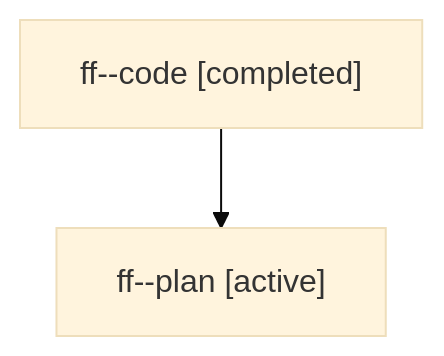
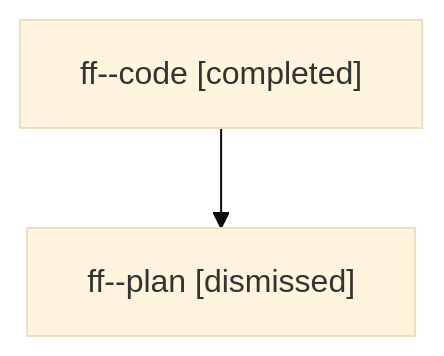
Before and after one commit to sase-org/sase--agents: the diagram in sessions/bbugyi200.athena.ff.md, drawn with Mermaid (base theme). The commit also changed other lines of this file and 28 other files, not shown here.

````diff
--- a/sessions/bbugyi200.athena.ff.md
+++ b/sessions/bbugyi200.athena.ff.md
@@ -9,6 +9,6 @@
 ```mermaid
 flowchart TD
   n0["ff--code [completed]"]
-  n1["ff--plan [active]"]
+  n1["ff--plan [dismissed]"]
   n0 --> n1
 ```
````
